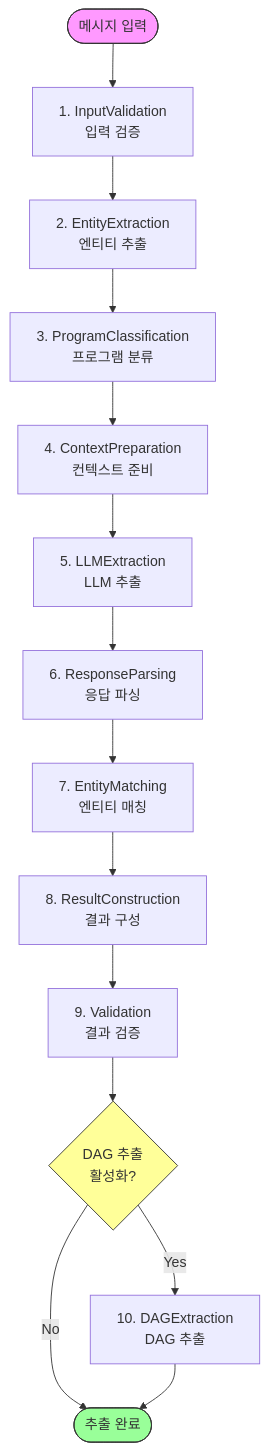
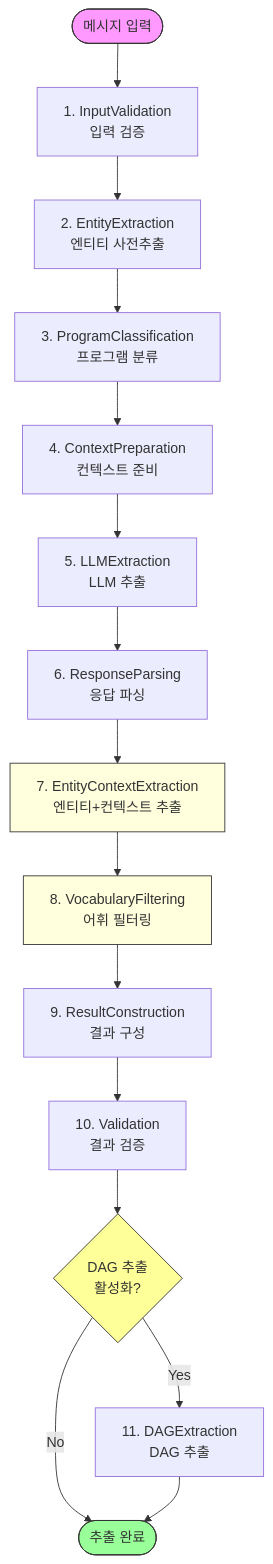
The diagram in mms_extractor_exp/docs/WORKFLOW_GUIDE.md (yonggoghi/AgenticWorkflow), drawn with Mermaid before and after one commit. The commit also changed other lines of this file and 3 other files, not shown here.

First line of the commit message:
Fix documentation diagrams for 11-step workflow

````diff
--- a/mms_extractor_exp/docs/WORKFLOW_GUIDE.md
+++ b/mms_extractor_exp/docs/WORKFLOW_GUIDE.md
@@ -19,20 +19,23 @@
 ```mermaid
 graph TD
     START([메시지 입력]) --> STEP1[1. InputValidation<br/>입력 검증]
-    STEP1 --> STEP2[2. EntityExtraction<br/>엔티티 추출]
+    STEP1 --> STEP2[2. EntityExtraction<br/>엔티티 사전추출]
     STEP2 --> STEP3[3. ProgramClassification<br/>프로그램 분류]
     STEP3 --> STEP4[4. ContextPreparation<br/>컨텍스트 준비]
     STEP4 --> STEP5[5. LLMExtraction<br/>LLM 추출]
     STEP5 --> STEP6[6. ResponseParsing<br/>응답 파싱]
-    STEP6 --> STEP7[7. EntityMatching<br/>엔티티 매칭]
-    STEP7 --> STEP8[8. ResultConstruction<br/>결과 구성]
-    STEP8 --> STEP9[9. Validation<br/>결과 검증]
-    STEP9 --> DECISION{DAG 추출<br/>활성화?}
-    DECISION -->|Yes| STEP10[10. DAGExtraction<br/>DAG 추출]
+    STEP6 --> STEP7[7. EntityContextExtraction<br/>엔티티+컨텍스트 추출]
+    STEP7 --> STEP8[8. VocabularyFiltering<br/>어휘 필터링]
+    STEP8 --> STEP9[9. ResultConstruction<br/>결과 구성]
+    STEP9 --> STEP10[10. Validation<br/>결과 검증]
+    STEP10 --> DECISION{DAG 추출<br/>활성화?}
+    DECISION -->|Yes| STEP11[11. DAGExtraction<br/>DAG 추출]
     DECISION -->|No| END([추출 완료])
-    STEP10 --> END
+    STEP11 --> END
 
     style START fill:#f9f,stroke:#333
     style END fill:#9f9,stroke:#333
     style DECISION fill:#ff9,stroke:#333
+    style STEP7 fill:#ffd,stroke:#333
+    style STEP8 fill:#ffd,stroke:#333
 ```
````
